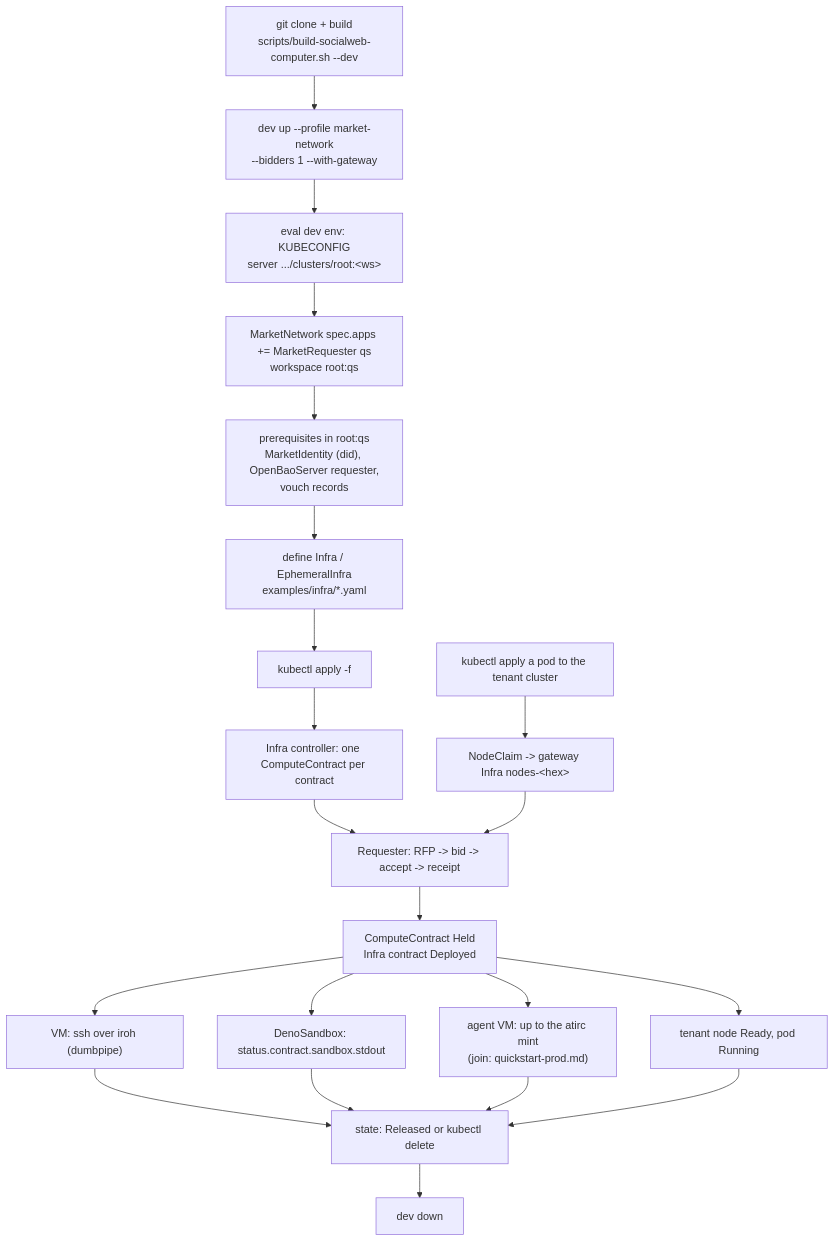
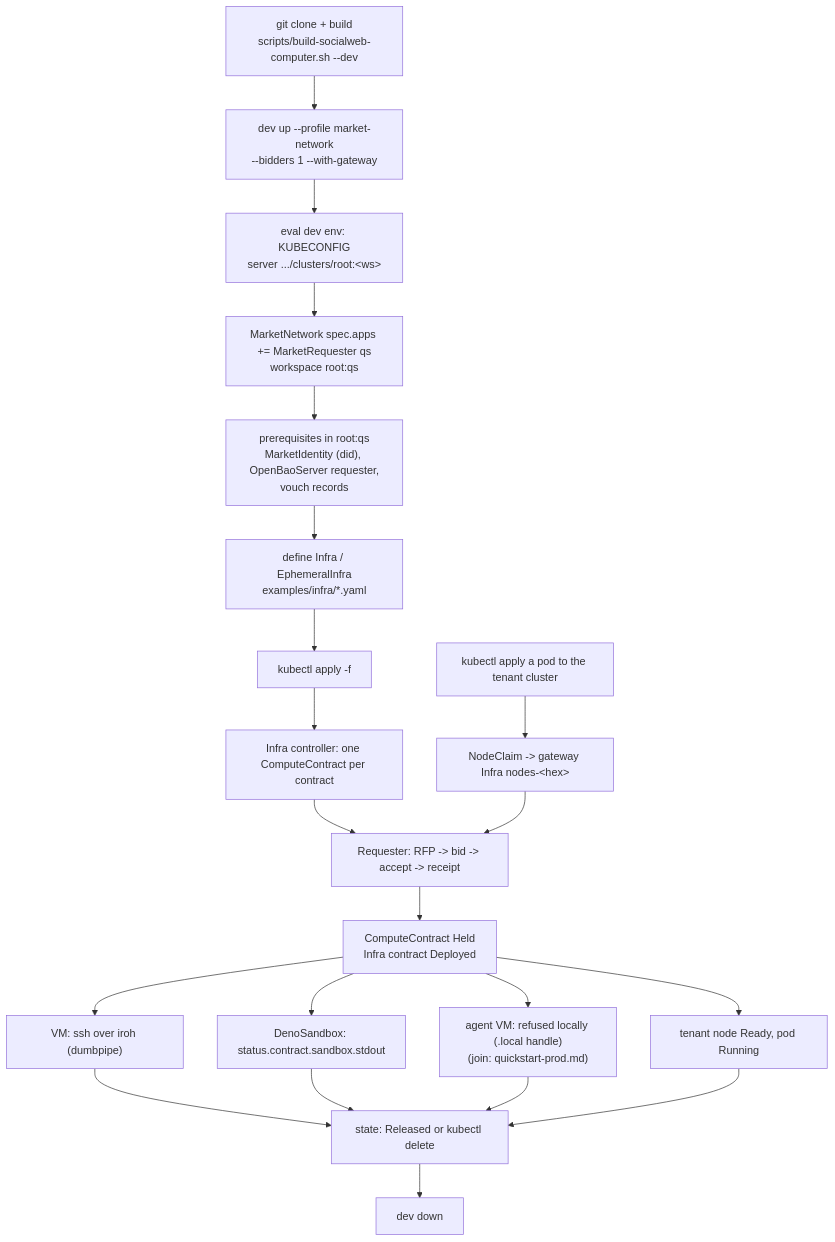
The diagram in docs/quickstart-local.md (publicdomainrelay/socialweb-computer-kcp), drawn with Mermaid before and after one commit. The commit also changed other lines of this file and 9 other files, not shown here.

First line of the commit message:
atirc agent identity: local-pds and owner-identity mint sources, .local refusal, placeholder bundle (plan 0039 D)

````diff
--- a/docs/quickstart-local.md
+++ b/docs/quickstart-local.md
@@ -11,23 +11,23 @@
 ```mermaid
 flowchart TD
   CLONE["git clone + build<br/>scripts/build-socialweb-computer.sh --dev"] --> UP["dev up --profile market-network<br/>--bidders 1 --with-gateway"]
   UP --> KC["eval dev env: KUBECONFIG<br/>server .../clusters/root:&lt;ws&gt;"]
   KC --> REQ["MarketNetwork spec.apps += MarketRequester qs<br/>workspace root:qs"]
   REQ --> PRE["prerequisites in root:qs<br/>MarketIdentity (did), OpenBaoServer requester,<br/>vouch records"]
   PRE --> DEF["define Infra / EphemeralInfra<br/>examples/infra/*.yaml"]
   DEF --> APPLY["kubectl apply -f"]
   APPLY --> CC["Infra controller: one ComputeContract per contract"]
   CC --> RFP["Requester: RFP -> bid -> accept -> receipt"]
   RFP --> HELD["ComputeContract Held<br/>Infra contract Deployed"]
   HELD --> VM["VM: ssh over iroh (dumbpipe)"]
   HELD --> SBX["DenoSandbox: status.contract.sandbox.stdout"]
-  HELD --> AG["agent VM: up to the atirc mint<br/>(join: quickstart-prod.md)"]
+  HELD --> AG["agent VM: refused locally (.local handle)<br/>(join: quickstart-prod.md)"]
   POD["kubectl apply a pod to the tenant cluster"] --> NC["NodeClaim -> gateway Infra nodes-&lt;hex&gt;"]
   NC --> RFP
   HELD --> K8S["tenant node Ready, pod Running"]
   VM --> REL["state: Released or kubectl delete"]
   SBX --> REL
   AG --> REL
   K8S --> REL
   REL --> DOWN["dev down"]
 ```
````
